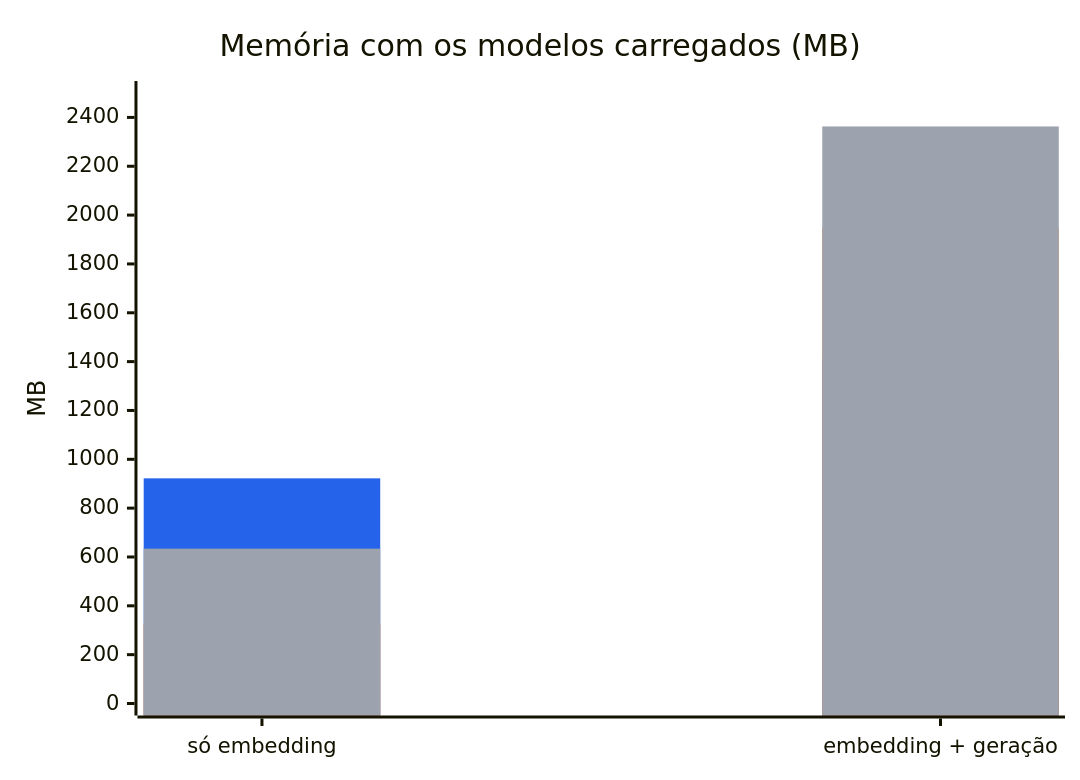
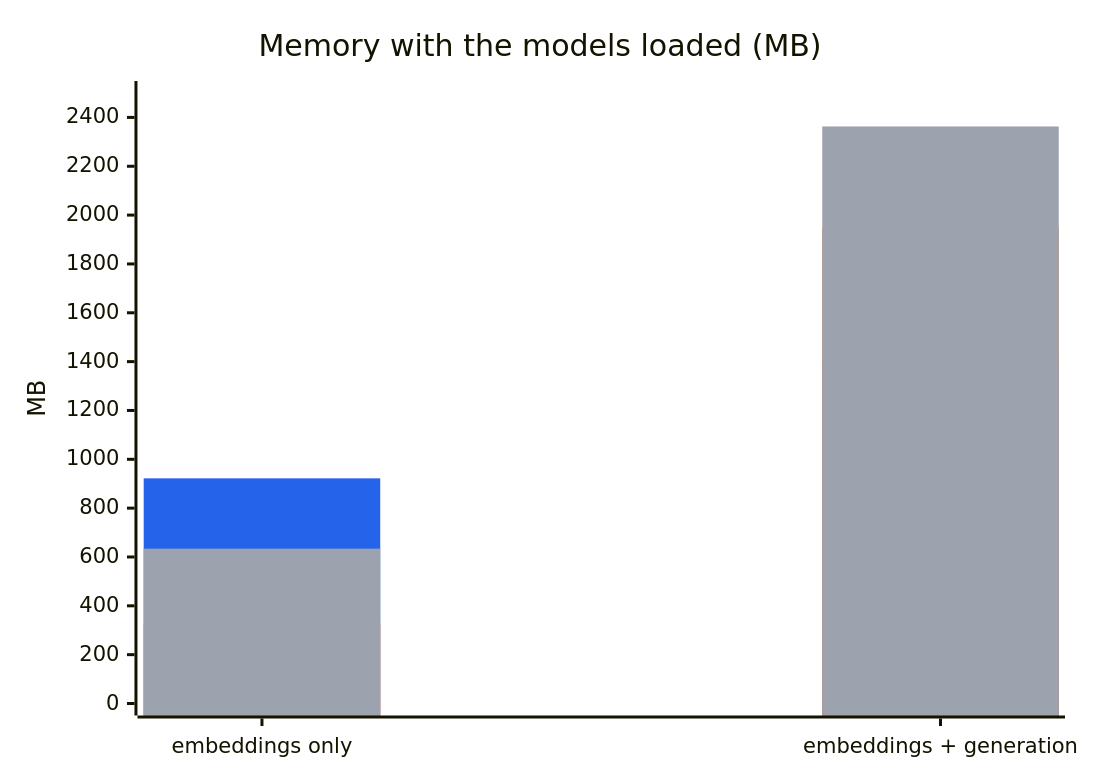
The sixth of 8 diagrams in docs/BENCHMARKS.md (Chipskein/cade), drawn with Mermaid before and after one commit. The commit also changed other lines of this file and 6 other files, not shown here.

````diff
--- a/docs/BENCHMARKS.md
+++ b/docs/BENCHMARKS.md
@@ -334,15 +334,15 @@
 ```mermaid
 ---
 config:
   themeVariables:
     xyChart:
       plotColorPalette: "#2563eb, #f97316, #9ca3af"
 ---
 xychart-beta
-  title "Memória com os modelos carregados (MB)"
-  x-axis ["só embedding", "embedding + geração"]
+  title "Memory with the models loaded (MB)"
+  x-axis ["embeddings only", "embeddings + generation"]
   y-axis "MB" 0 --> 2500
   bar [922, 1412]
   bar [328, 1948]
   bar [634, 2363]
 ```
````
